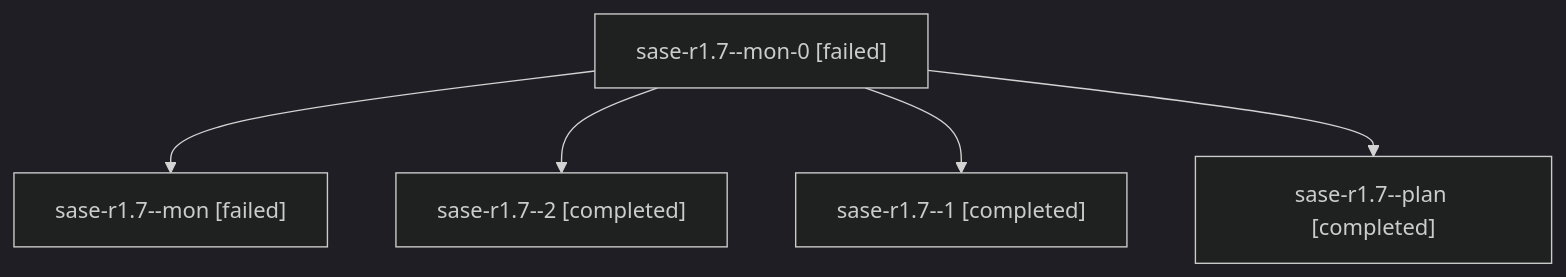
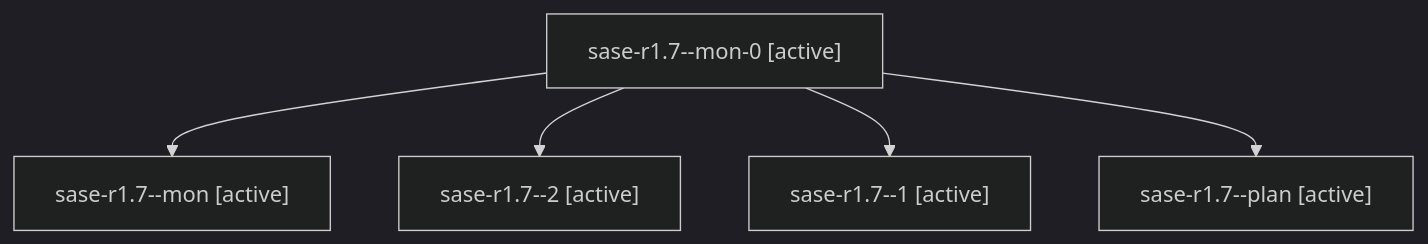
The diagram in families/bbugyi200.athena.sase-r1.7.md (sase-org/sase--agents), drawn with Mermaid (dark theme) before and after one commit. The commit also changed other lines of this file and 35830 other files, not shown here.

````diff
--- a/families/bbugyi200.athena.sase-r1.7.md
+++ b/families/bbugyi200.athena.sase-r1.7.md
@@ -9,12 +9,12 @@
 ```mermaid
 flowchart TD
-  n0["sase-r1.7--mon-0 [failed]"]
-  n1["sase-r1.7--mon [failed]"]
+  n0["sase-r1.7--mon-0 [active]"]
+  n1["sase-r1.7--mon [active]"]
   n0 --> n1
-  n2["sase-r1.7--2 [completed]"]
+  n2["sase-r1.7--2 [active]"]
   n0 --> n2
-  n3["sase-r1.7--1 [completed]"]
+  n3["sase-r1.7--1 [active]"]
   n0 --> n3
-  n4["sase-r1.7--plan [completed]"]
+  n4["sase-r1.7--plan [active]"]
   n0 --> n4
 ```
````
